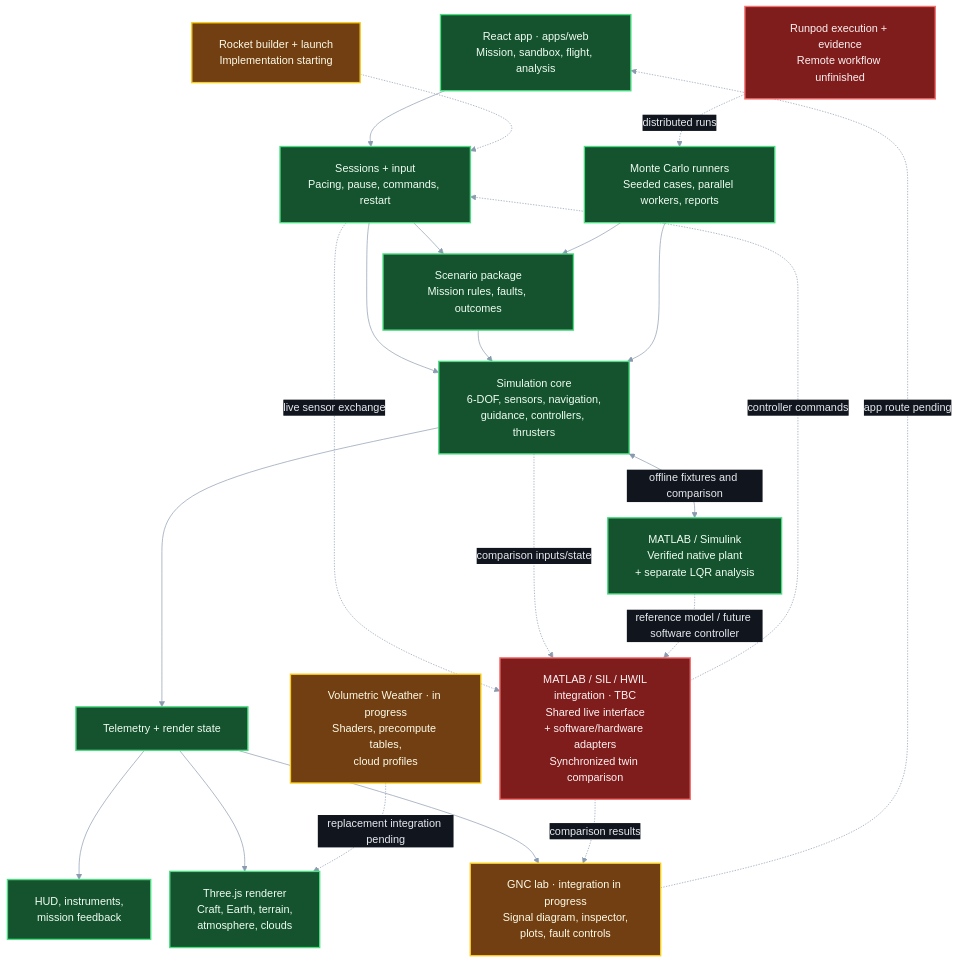
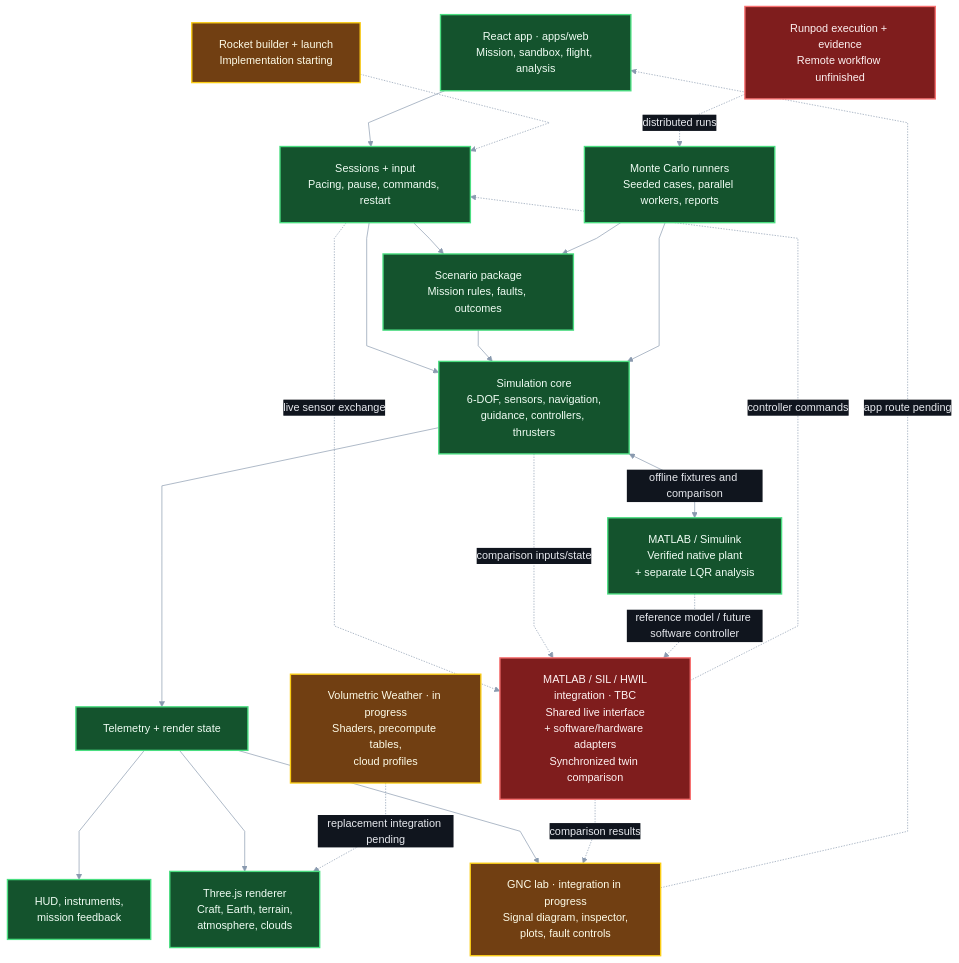
One commit to crgonzales/carlosgonzales-site changed the diagram in assets/docking-architecture.mmd. Above: the diagram before and after it, drawn with Mermaid. The commit also changed 1 other file, not shown here.

Commit message:
Keep diagram return paths clear of component boxes

```diff
--- a/assets/docking-architecture.mmd
+++ b/assets/docking-architecture.mmd
@@ -1,71 +1,71 @@
 ---
 config:
   layout: dagre
   theme: base
   fontFamily: "Arial, sans-serif"
   themeCSS: ".label { font-family: Arial, sans-serif; } .edgeLabel span, .edgeLabel p { color: #b7c6d9 !important; } .node rect { rx: 8; ry: 8; }"
   themeVariables:
     fontSize: "16px"
     lineColor: "#8a9aaf"
     textColor: "#e7e9ee"
     edgeLabelBackground: "#10151e"
     clusterBkg: "#0d121b"
     clusterBorder: "#2a3443"
     primaryTextColor: "#e7e9ee"
     secondaryTextColor: "#e7e9ee"
     tertiaryTextColor: "#e7e9ee"
     titleColor: "#b7c6d9"
   flowchart:
     nodeSpacing: 28
     rankSpacing: 46
     padding: 20
-    curve: basis
+    curve: linear
 ---
 flowchart TB
     accTitle: Docking simulator architecture and development status
     accDescr: A vertical flow connects the application, simulation, presentation, and verification systems. Green is done, yellow is in progress, red is TBC. Solid arrows are existing paths; dashed arrows are unfinished integrations.
         UI["React app · apps/web<br/>Mission, sandbox, flight, analysis"]
         LAUNCH["Rocket builder + launch<br/>Implementation starting"]
         SESS["Sessions + input<br/>Pacing, pause, commands, restart"]
 
         SCEN["Scenario package<br/>Mission rules, faults, outcomes"]
         CORE["Simulation core<br/>6-DOF, sensors, navigation,<br/>guidance, controllers, thrusters"]
         TEL["Telemetry + render state"]
 
         HUD["HUD, instruments,<br/>mission feedback"]
         LAB["GNC lab · integration in progress<br/>Signal diagram, inspector,<br/>plots, fault controls"]
         RENDER["Three.js renderer<br/>Craft, Earth, terrain,<br/>atmosphere, clouds"]
         PORT["Volumetric Weather · in progress<br/>Shaders, precompute tables,<br/>cloud profiles"]
 
         REMOTE["Runpod execution + evidence<br/>Remote workflow unfinished"]
         MC["Monte Carlo runners<br/>Seeded cases, parallel workers, reports"]
         MATLAB["MATLAB / Simulink<br/>Verified native plant<br/>+ separate LQR analysis"]
         INTEGRATION["MATLAB / SIL / HWIL<br/>integration · TBC<br/>Shared live interface<br/>+ software/hardware adapters<br/>Synchronized twin comparison"]
 
     UI --> SESS
     SESS --> SCEN
     SESS --> CORE
     SCEN --> CORE
     CORE --> TEL
     TEL --> HUD
     TEL --> RENDER
     TEL --> LAB
     LAB -. "app route pending" .-> UI
     PORT -. "replacement integration pending" .-> RENDER
     MC --> CORE
     MC --> SCEN
     REMOTE -. "distributed runs" .-> MC
     CORE <-->|"offline fixtures and comparison"| MATLAB
     LAUNCH -.-> SESS
     SESS -. "live sensor exchange" .-> INTEGRATION
     CORE -. "comparison inputs/state" .-> INTEGRATION
     MATLAB -. "reference model / future software controller" .-> INTEGRATION
     INTEGRATION -. "controller commands" .-> SESS
     INTEGRATION -. "comparison results" .-> LAB
 
     classDef done fill:#14532d,stroke:#4ade80,color:#f0fdf4,stroke-width:2px;
     classDef inProgress fill:#713f12,stroke:#facc15,color:#fefce8,stroke-width:2px;
     classDef tbc fill:#7f1d1d,stroke:#f87171,color:#fef2f2,stroke-width:2px;
     class UI,SESS,SCEN,CORE,TEL,HUD,RENDER,MC,MATLAB done;
     class LAB,PORT,LAUNCH inProgress;
     class REMOTE,INTEGRATION tbc;
```
